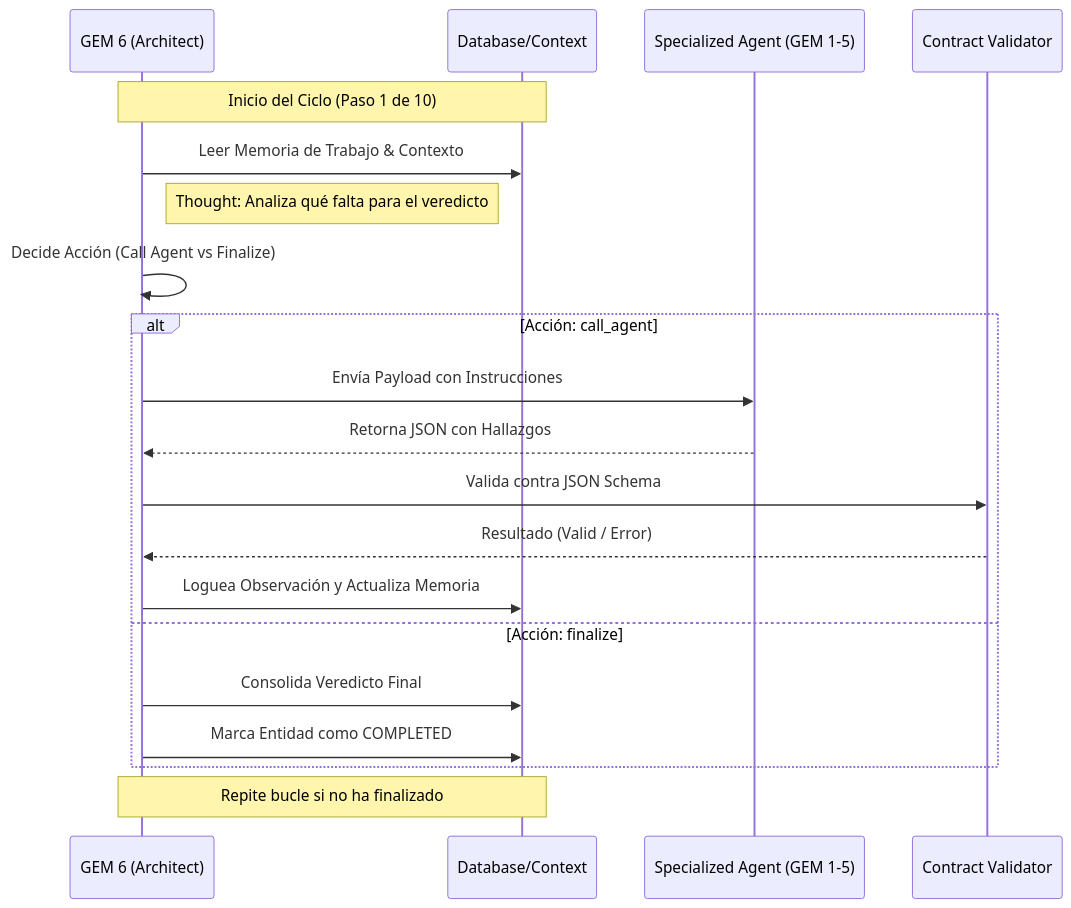
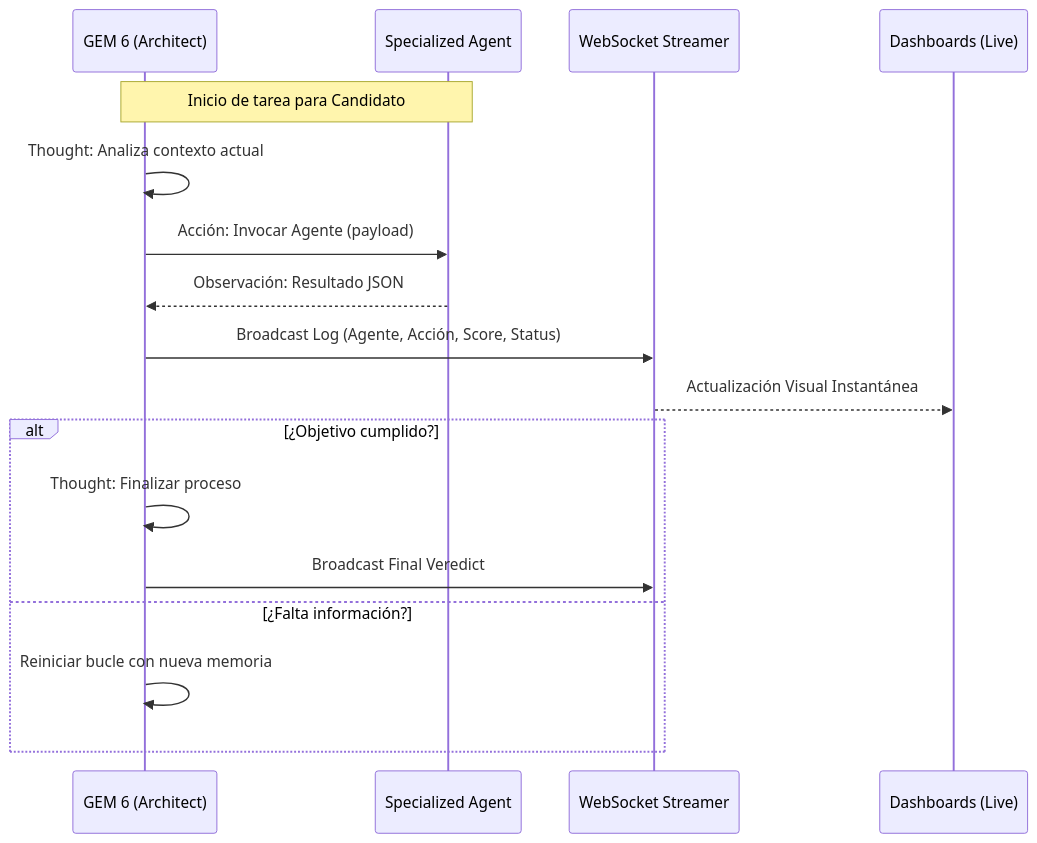
The second of 2 diagrams in README.md (tomascarminatti-ux/raadbot), drawn with Mermaid before and after one commit. The commit also changed other lines of this file, not shown here.

````diff
--- a/README.md
+++ b/README.md
@@ -72,24 +77,21 @@
 ```mermaid
 sequenceDiagram
     participant G6 as GEM 6 (Architect)
-    participant DB as Database/Context
-    participant AG as Specialized Agent (GEM 1-5)
-    participant VAL as Contract Validator
+    participant AG as Specialized Agent
+    participant WS as WebSocket Streamer
+    participant UI as Dashboards (Live)
 
-    Note over G6, DB: Inicio del Ciclo (Paso 1 de 10)
-    G6->>DB: Leer Memoria de Trabajo & Contexto
-    Note right of G6: Thought: Analiza qué falta para el veredicto
-    G6->>G6: Decide Acción (Call Agent vs Finalize)
+    Note over G6, AG: Inicio de tarea para Candidato
+    G6->>G6: Thought: Analiza contexto actual
+    G6->>AG: Acción: Invocar Agente (payload)
+    AG-->>G6: Observación: Resultado JSON
+    G6->>WS: Broadcast Log (Agente, Acción, Score, Status)
+    WS-->>UI: Actualización Visual Instantánea
 
-    alt Acción: call_agent
-        G6->>AG: Envía Payload con Instrucciones
-        AG-->>G6: Retorna JSON con Hallazgos
-        G6->>VAL: Valida contra JSON Schema
-        VAL-->>G6: Resultado (Valid / Error)
-        G6->>DB: Loguea Observación y Actualiza Memoria
-    else Acción: finalize
-        G6->>DB: Consolida Veredicto Final
-        G6->>DB: Marca Entidad como COMPLETED
+    alt ¿Objetivo cumplido?
+        G6->>G6: Thought: Finalizar proceso
+        G6->>WS: Broadcast Final Veredict
+    else ¿Falta información?
+        G6->>G6: Reiniciar bucle con nueva memoria
     end
-    Note over G6, DB: Repite bucle si no ha finalizado
 ```
````
